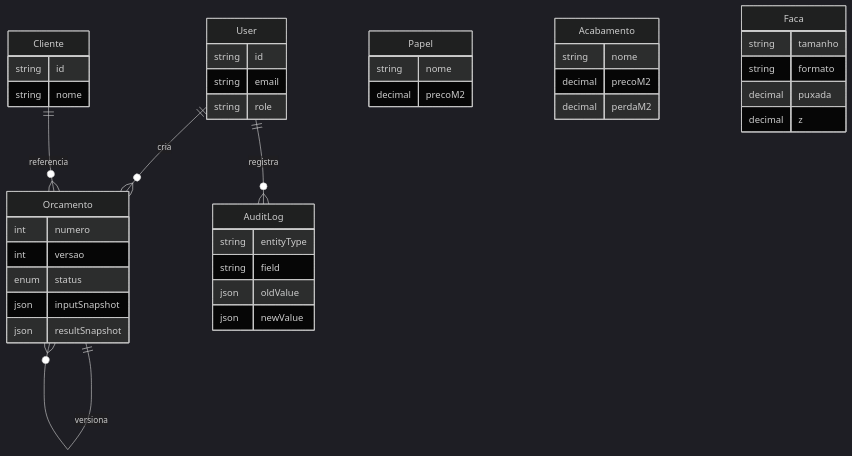
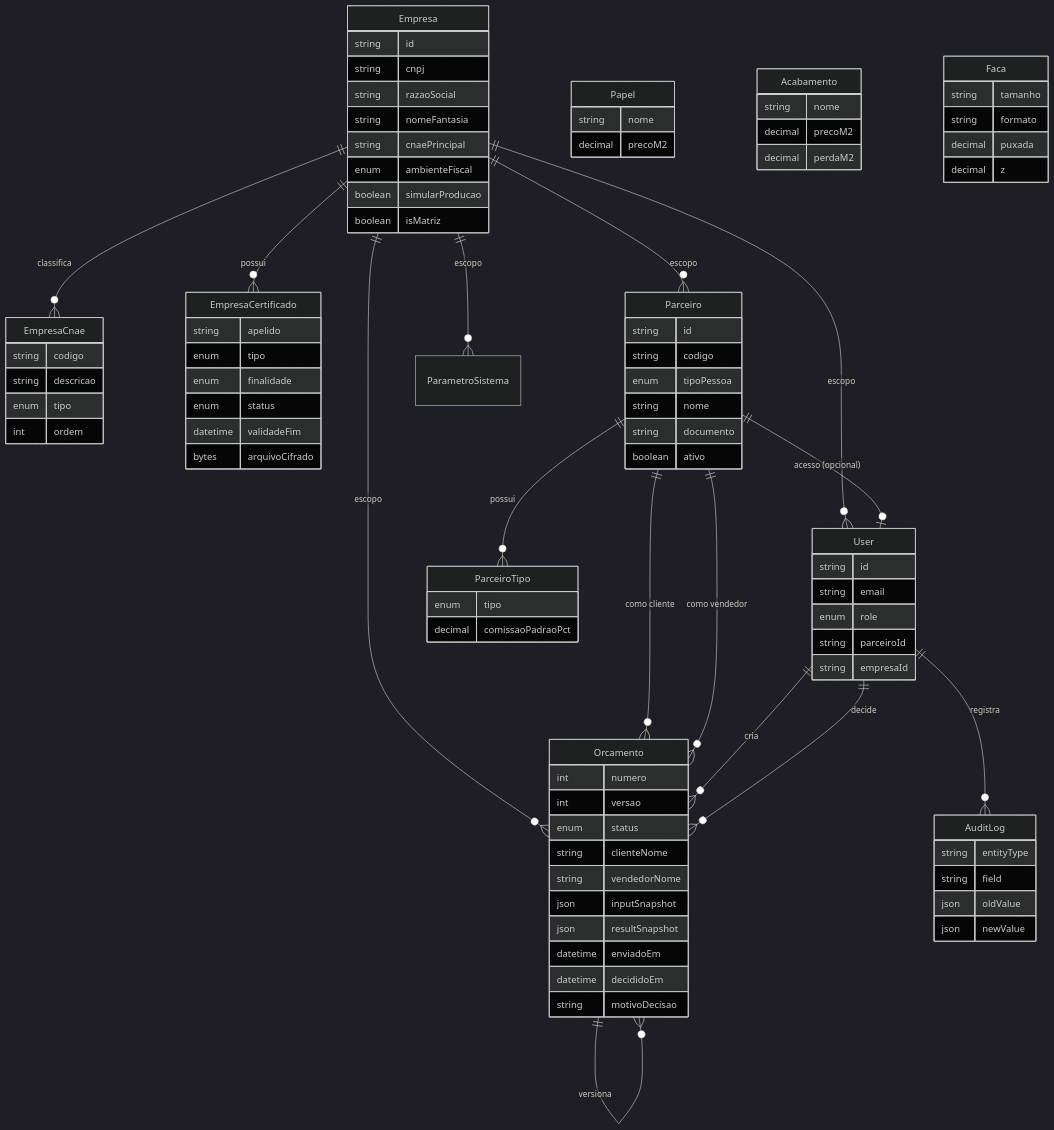
Before and after one commit to dfmoura/test_several1: the diagram in trigger/27/docs/DATA_MODEL.md, drawn with Mermaid (dark theme). The commit also changed other lines of this file and 365 other files, not shown here.

````diff
--- a/trigger/27/docs/DATA_MODEL.md
+++ b/trigger/27/docs/DATA_MODEL.md
@@ -3,25 +3,74 @@
 ```mermaid
 erDiagram
+  Empresa ||--o{ EmpresaCnae : classifica
+  Empresa ||--o{ EmpresaCertificado : possui
+  Empresa ||--o{ Parceiro : escopo
+  Empresa ||--o{ User : escopo
+  Empresa ||--o{ Orcamento : escopo
+  Empresa ||--o{ ParametroSistema : escopo
+  Parceiro ||--o{ ParceiroTipo : possui
+  Parceiro ||--o| User : "acesso (opcional)"
+  Parceiro ||--o{ Orcamento : "como cliente"
+  Parceiro ||--o{ Orcamento : "como vendedor"
   User ||--o{ Orcamento : cria
+  User ||--o{ Orcamento : decide
   User ||--o{ AuditLog : registra
-  Cliente ||--o{ Orcamento : referencia
   Orcamento ||--o{ Orcamento : versiona
 
+  Empresa {
+    string id
+    string cnpj
+    string razaoSocial
+    string nomeFantasia
+    string cnaePrincipal
+    enum ambienteFiscal
+    boolean simularProducao
+    boolean isMatriz
+  }
+  EmpresaCnae {
+    string codigo
+    string descricao
+    enum tipo
+    int ordem
+  }
+  EmpresaCertificado {
+    string apelido
+    enum tipo
+    enum finalidade
+    enum status
+    datetime validadeFim
+    bytes arquivoCifrado
+  }
+  Parceiro {
+    string id
+    string codigo
+    enum tipoPessoa
+    string nome
+    string documento
+    boolean ativo
+  }
+  ParceiroTipo {
+    enum tipo
+    decimal comissaoPadraoPct
+  }
   User {
     string id
     string email
-    string role
-  }
-  Cliente {
-    string id
-    string nome
+    enum role
+    string parceiroId
+    string empresaId
   }
   Orcamento {
     int numero
     int versao
     enum status
+    string clienteNome
+    string vendedorNome
     json inputSnapshot
     json resultSnapshot
+    datetime enviadoEm
+    datetime decididoEm
+    string motivoDecisao
   }
   Papel {
     string nome
````
